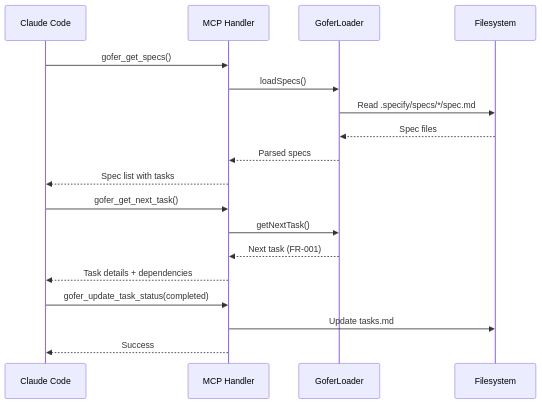
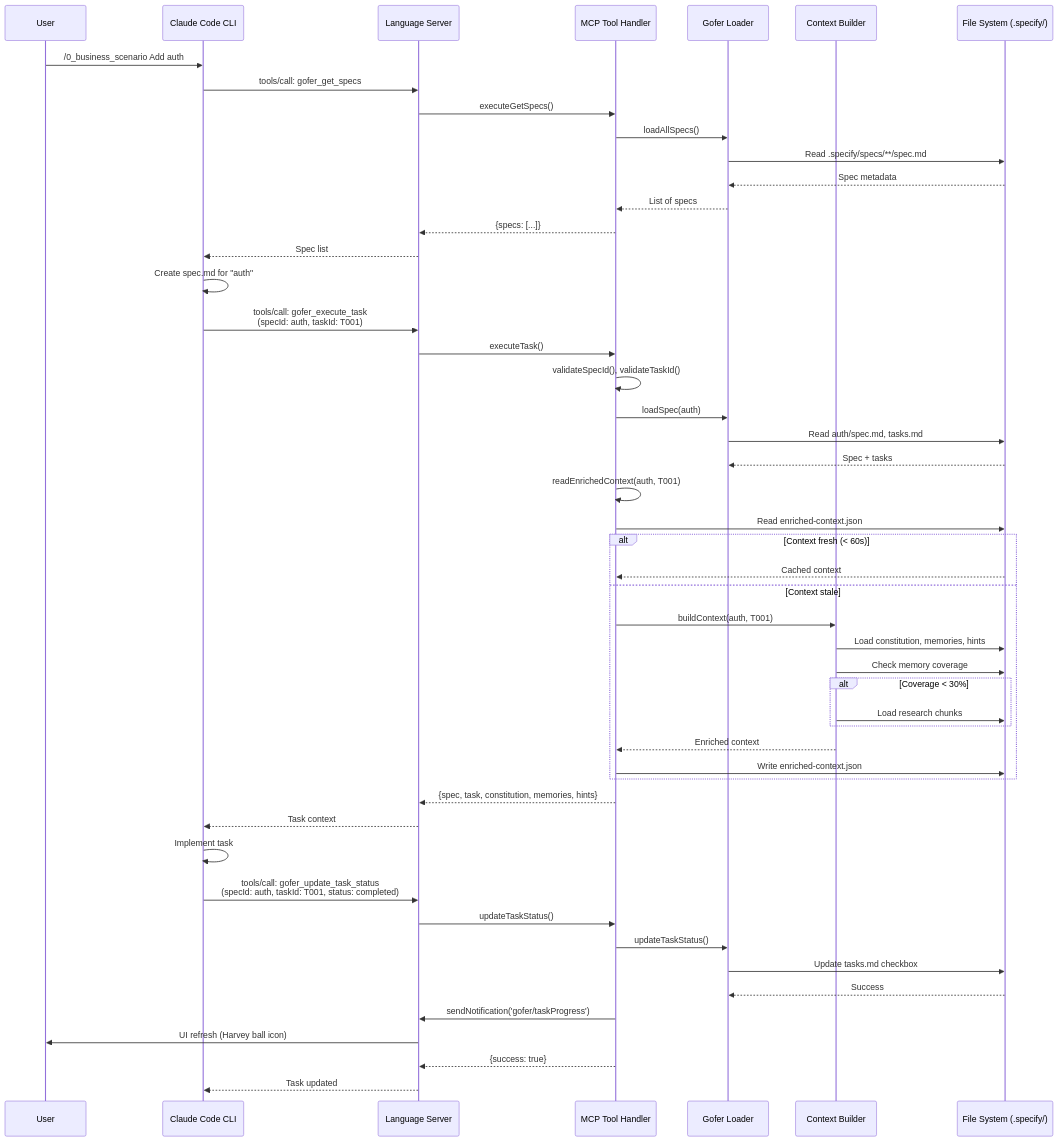
One commit to eai-tools/eai-gofer changed the second of 9 diagrams in .tech-docs/architecture.md. Above: the diagram before and after it, drawn with Mermaid. The commit also changed other lines of this file and 11 other files, not shown here.

````diff
--- a/.tech-docs/architecture.md
+++ b/.tech-docs/architecture.md
@@ -198,23 +84,57 @@
 ```mermaid
 sequenceDiagram
-    participant AI as Claude Code
-    participant MCP as MCP Handler
-    participant LOADER as GoferLoader
-    participant FS as Filesystem
+    participant User
+    participant Claude as Claude Code CLI
+    participant LSP as Language Server
+    participant MCP as MCP Tool Handler
+    participant Loader as Gofer Loader
+    participant Context as Context Builder
+    participant FS as File System (.specify/)
 
-    AI->>MCP: gofer_get_specs()
-    MCP->>LOADER: loadSpecs()
-    LOADER->>FS: Read .specify/specs/*/spec.md
-    FS-->>LOADER: Spec files
-    LOADER-->>MCP: Parsed specs
-    MCP-->>AI: Spec list with tasks
-
-    AI->>MCP: gofer_get_next_task()
-    MCP->>LOADER: getNextTask()
-    LOADER-->>MCP: Next task (FR-001)
-    MCP-->>AI: Task details + dependencies
-
-    AI->>MCP: gofer_update_task_status(completed)
-    MCP->>FS: Update tasks.md
-    MCP-->>AI: Success
+    User->>Claude: /0_business_scenario Add auth
+    Claude->>LSP: tools/call: gofer_get_specs
+    LSP->>MCP: executeGetSpecs()
+    MCP->>Loader: loadAllSpecs()
+    Loader->>FS: Read .specify/specs/**/spec.md
+    FS-->>Loader: Spec metadata
+    Loader-->>MCP: List of specs
+    MCP-->>LSP: {specs: [...]}
+    LSP-->>Claude: Spec list
+    
+    Claude->>Claude: Create spec.md for "auth"
+    Claude->>LSP: tools/call: gofer_execute_task<br/>(specId: auth, taskId: T001)
+    LSP->>MCP: executeTask()
+    MCP->>MCP: validateSpecId(), validateTaskId()
+    MCP->>Loader: loadSpec(auth)
+    Loader->>FS: Read auth/spec.md, tasks.md
+    FS-->>Loader: Spec + tasks
+    
+    MCP->>MCP: readEnrichedContext(auth, T001)
+    MCP->>FS: Read enriched-context.json
+    alt Context fresh (< 60s)
+        FS-->>MCP: Cached context
+    else Context stale
+        MCP->>Context: buildContext(auth, T001)
+        Context->>FS: Load constitution, memories, hints
+        Context->>FS: Check memory coverage
+        alt Coverage < 30%
+            Context->>FS: Load research chunks
+        end
+        Context-->>MCP: Enriched context
+        MCP->>FS: Write enriched-context.json
+    end
+    
+    MCP-->>LSP: {spec, task, constitution, memories, hints}
+    LSP-->>Claude: Task context
+    Claude->>Claude: Implement task
+    
+    Claude->>LSP: tools/call: gofer_update_task_status<br/>(specId: auth, taskId: T001, status: completed)
+    LSP->>MCP: updateTaskStatus()
+    MCP->>Loader: updateTaskStatus()
+    Loader->>FS: Update tasks.md checkbox
+    FS-->>Loader: Success
+    MCP->>LSP: sendNotification('gofer/taskProgress')
+    LSP->>User: UI refresh (Harvey ball icon)
+    MCP-->>LSP: {success: true}
+    LSP-->>Claude: Task updated
 ```
````
